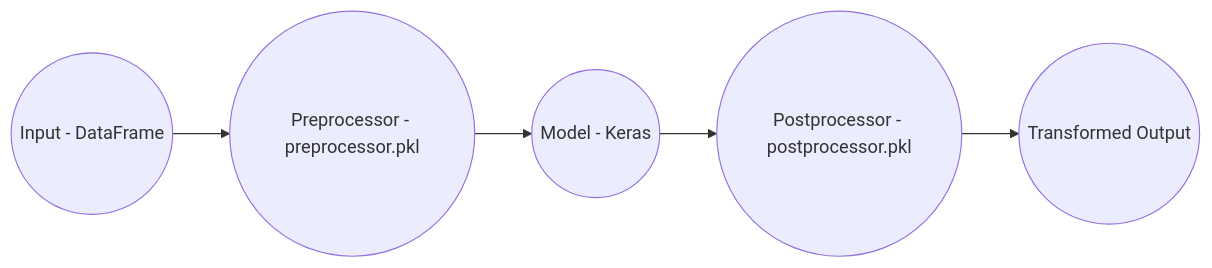
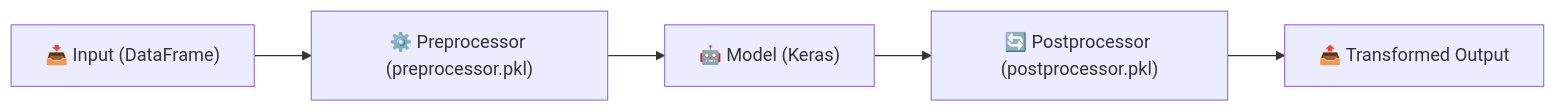
Before and after one commit to moreira-and/ds-lstm-ibov: the first of 2 diagrams in README.md, drawn with Mermaid.

Commit message:
Update README.md to correct the spelling of "About" in the project description

````diff
--- a/README.md
+++ b/README.md
@@ -17,7 +17,7 @@
 ```mermaid
 flowchart LR
-    input((Input - DataFrame)) --> preproc((Preprocessor - preprocessor.pkl))
-    preproc --> model((Model - Keras))
-    model --> postproc((Postprocessor - postprocessor.pkl))
-    postproc --> output((Transformed Output))
+    A["📥 Input (DataFrame)"] --> B["⚙️ Preprocessor (preprocessor.pkl)"]
+    B --> C["🤖 Model (Keras)"]
+    C --> D["🔄 Postprocessor (postprocessor.pkl)"]
+    D --> E["📤 Transformed Output"]
 ```
````
